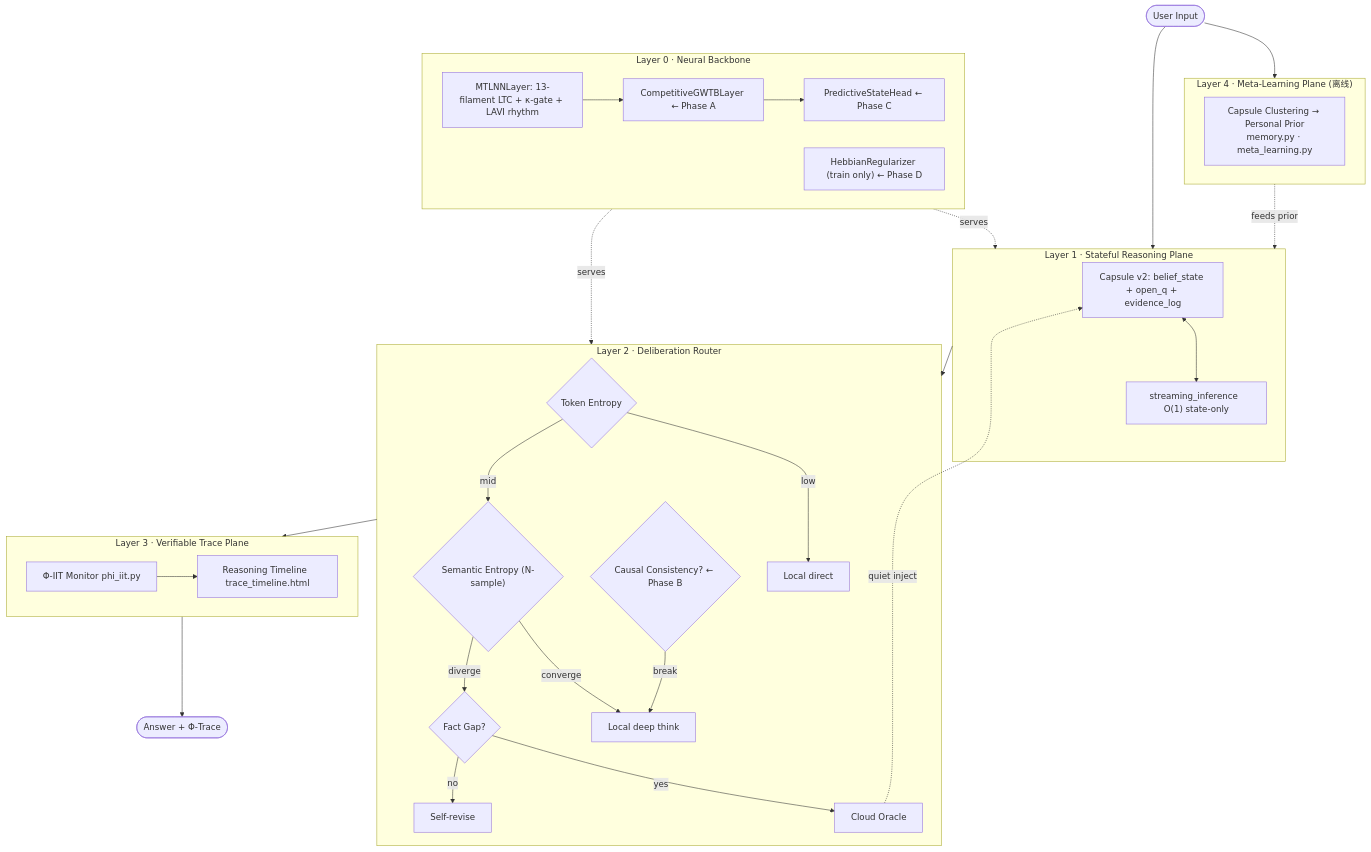
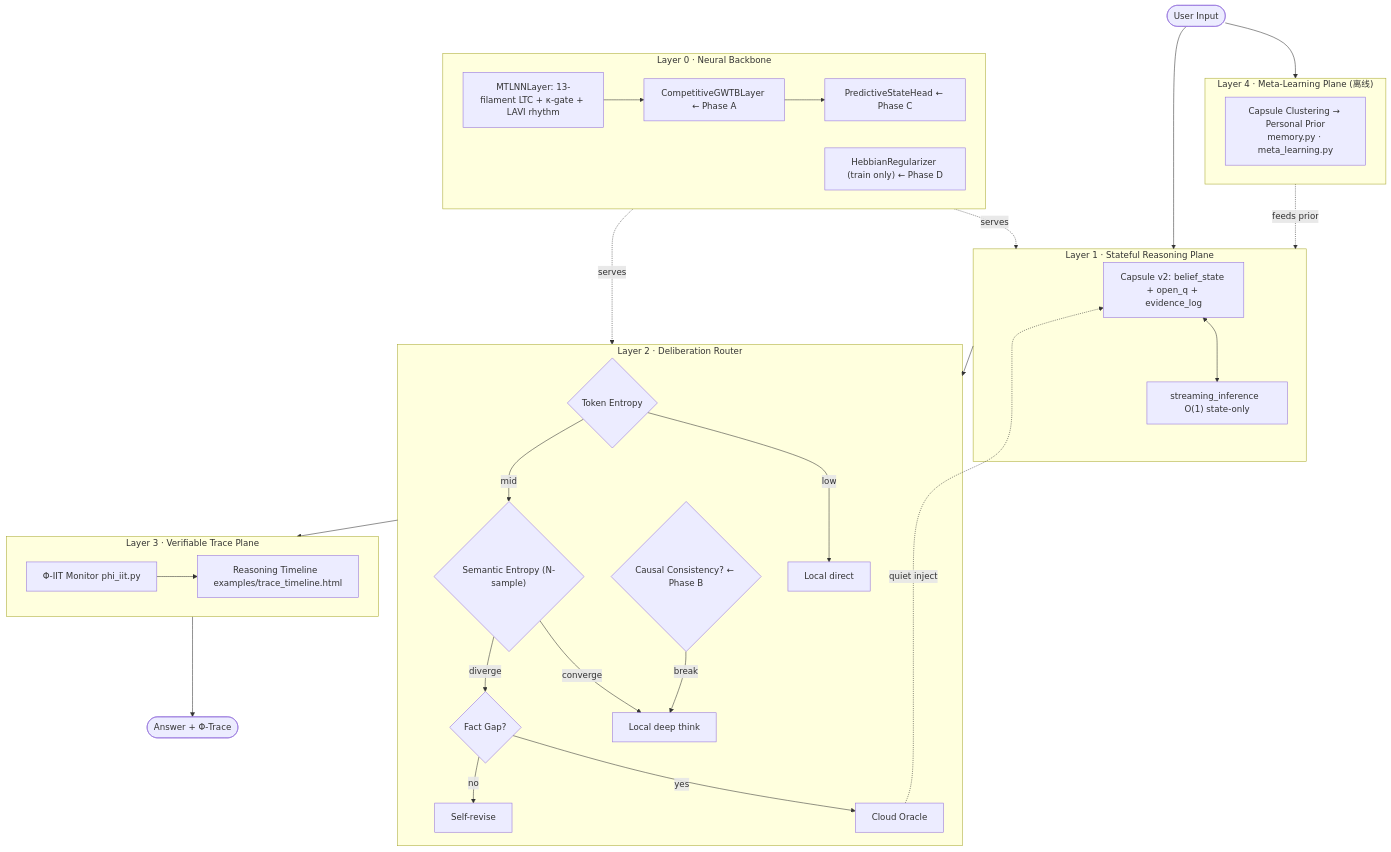
The diagram in ARCHITECTURE.md (AwareLiquid/M1), drawn with Mermaid before and after one commit. The commit also changed 8 other files, not shown here.

First line of the commit message:
chore: 根目录演示产物归位 — html→examples/, trace 产物→artifacts/

````diff
--- a/ARCHITECTURE.md
+++ b/ARCHITECTURE.md
@@ -675,51 +675,51 @@
 ```mermaid
 flowchart TB
     User([User Input]) --> L4
 
     subgraph L4["Layer 4 · Meta-Learning Plane (离线)"]
         ML["Capsule Clustering → Personal Prior<br/>memory.py · meta_learning.py"]
     end
 
     subgraph L3["Layer 3 · Verifiable Trace Plane"]
         PHI["Φ-IIT Monitor  phi_iit.py"]
-        UI["Reasoning Timeline  trace_timeline.html"]
+        UI["Reasoning Timeline  examples/trace_timeline.html"]
         PHI --> UI
     end
 
     subgraph L2["Layer 2 · Deliberation Router"]
         E1{"Token Entropy"}
         E2{"Semantic Entropy (N-sample)"}
         E3{"Fact Gap?"}
         E4{"Causal Consistency? ← Phase B"}
         E1 -->|low| OUT1[Local direct]
         E1 -->|mid| E2
         E2 -->|converge| OUT2[Local deep think]
         E2 -->|diverge| E3
         E4 -->|break| OUT2
         E3 -->|yes| CLOUD[Cloud Oracle]
         E3 -->|no| OUT3[Self-revise]
     end
 
     subgraph L1["Layer 1 · Stateful Reasoning Plane"]
         CAP["Capsule v2: belief_state + open_q + evidence_log"]
         STREAM["streaming_inference  O(1) state-only"]
         CAP <--> STREAM
     end
 
     subgraph L0["Layer 0 · Neural Backbone"]
         MT["MTLNNLayer: 13-filament LTC + κ-gate + LAVI rhythm"]
         CGWTB["CompetitiveGWTBLayer ← Phase A"]
         WM["PredictiveStateHead ← Phase C"]
         HEBB["HebbianRegularizer (train only) ← Phase D"]
         MT --> CGWTB --> WM
     end
 
     L4 -.feeds prior.-> L1
     User --> L1
     L1 --> L2
     L2 --> L3
     L0 -.serves.-> L1
     L0 -.serves.-> L2
     CLOUD -.quiet inject.-> CAP
     L3 --> Output([Answer + Φ-Trace])
 ```
````
